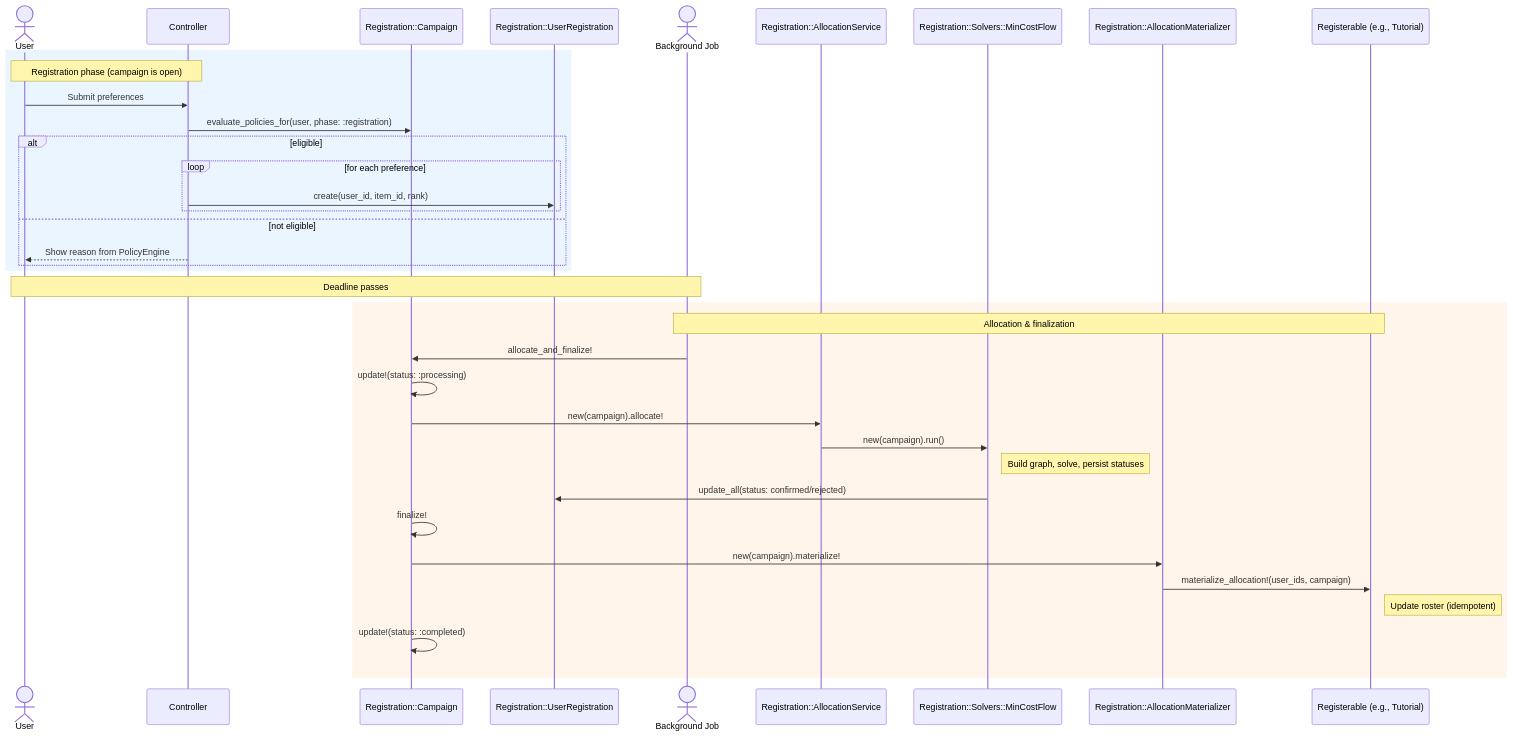
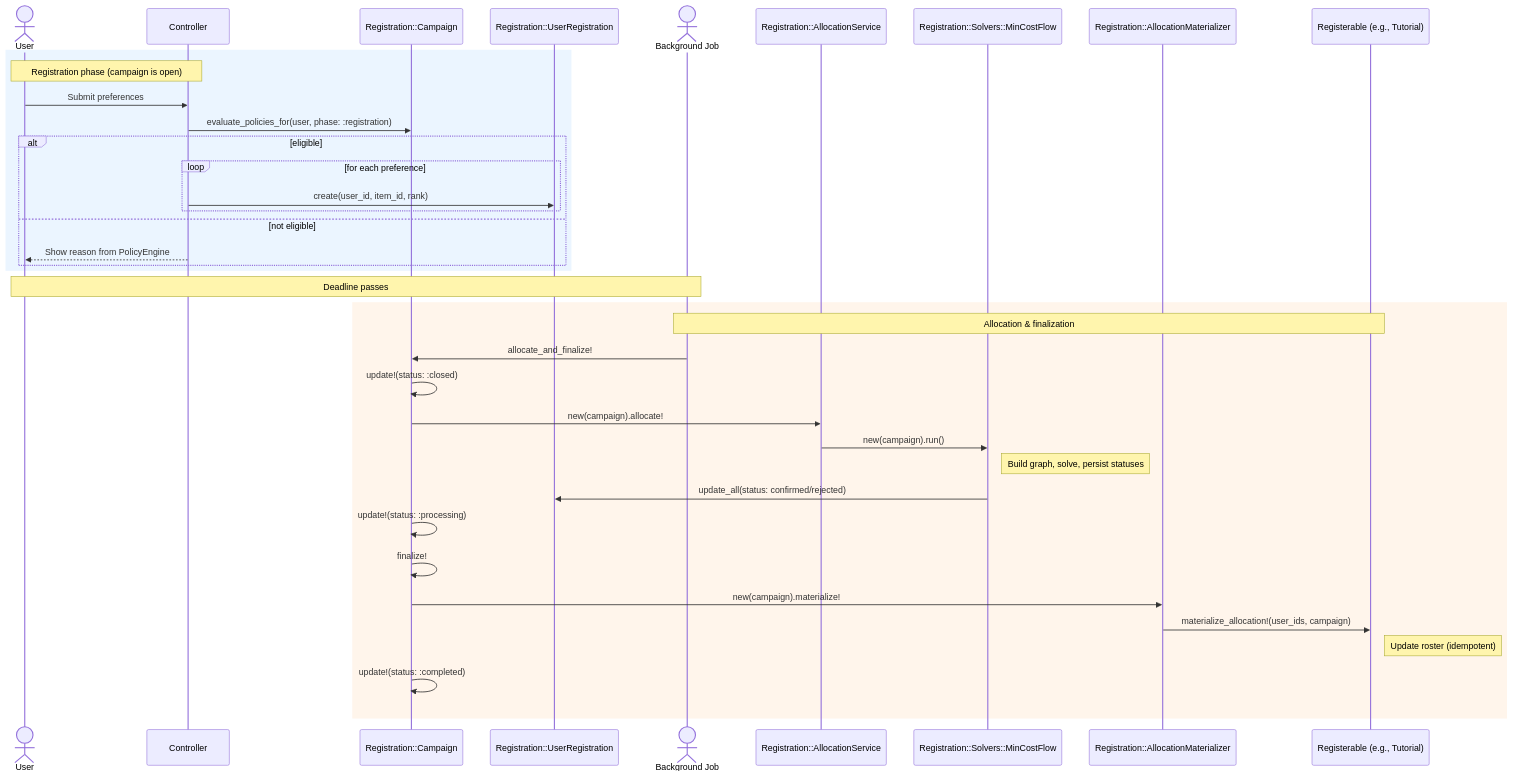
One commit to MaMpf-HD/mampf changed the fourth of 6 diagrams in architecture/src/features/02-registration.md. Above: the diagram before and after it, drawn with Mermaid. The commit also changed other lines of this file and 4 other files, not shown here.

Commit message:
Update registration campaign status and lifecycle documentation

````diff
--- a/architecture/src/features/02-registration.md
+++ b/architecture/src/features/02-registration.md
@@ -1156,42 +1232,43 @@
 ```mermaid
 sequenceDiagram
     actor User
     participant Controller
     participant Campaign as Registration::Campaign
     participant UserReg as Registration::UserRegistration
     actor Job as Background Job
   participant AllocationSvc as Registration::AllocationService
     participant Solver as Registration::Solvers::MinCostFlow
     participant Materializer as Registration::AllocationMaterializer
     participant RegTarget as Registerable (e.g., Tutorial)
 
     rect rgb(235, 245, 255)
     note over User,Controller: Registration phase (campaign is open)
     User->>Controller: Submit preferences
   Controller->>Campaign: evaluate_policies_for(user, phase: :registration)
     alt eligible
       loop for each preference
         Controller->>UserReg: create(user_id, item_id, rank)
       end
     else not eligible
       Controller-->>User: Show reason from PolicyEngine
     end
     end
 
     note over User,Job: Deadline passes
 
   rect rgb(255, 245, 235)
   note over Job,RegTarget: Allocation & finalization
   Job->>Campaign: allocate_and_finalize!
-    Campaign->>Campaign: update!(status: :processing)
+    Campaign->>Campaign: update!(status: :closed)
   Campaign->>AllocationSvc: new(campaign).allocate!
   AllocationSvc->>Solver: new(campaign).run()
     note right of Solver: Build graph, solve, persist statuses
     Solver->>UserReg: update_all(status: confirmed/rejected)
+    Campaign->>Campaign: update!(status: :processing)
     Campaign->>Campaign: finalize!
     Campaign->>Materializer: new(campaign).materialize!
     Materializer->>RegTarget: materialize_allocation!(user_ids, campaign)
     note right of RegTarget: Update roster (idempotent)
     Campaign->>Campaign: update!(status: :completed)
     end
 ```
````
